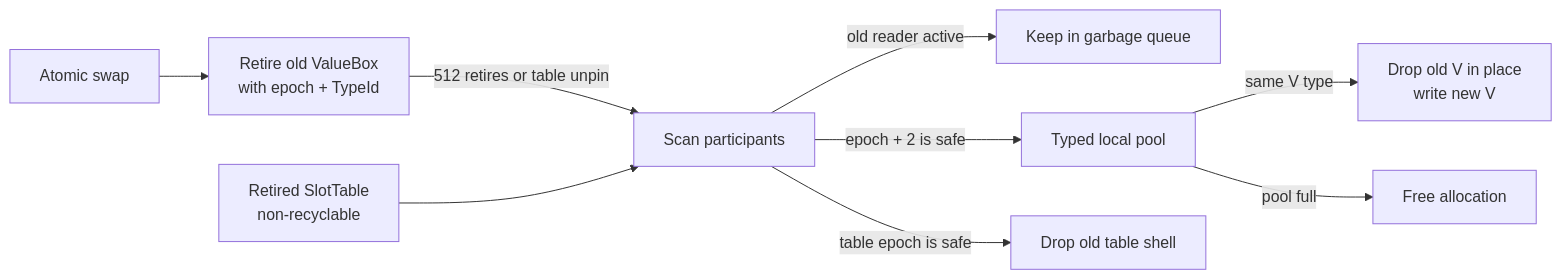
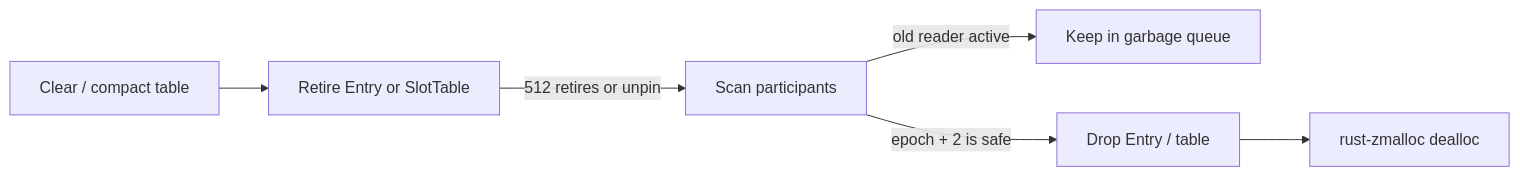
One commit to Rana718/portfolio changed the sixth of 16 diagrams in src/content/blogs/custom-concurrent-hashmap-rust.mdx. Above: the diagram before and after it, drawn with Mermaid. The commit also changed other lines of this file, not shown here.

````diff
--- a/src/content/blogs/custom-concurrent-hashmap-rust.mdx
+++ b/src/content/blogs/custom-concurrent-hashmap-rust.mdx
@@ -324,11 +319,8 @@
 ```mermaid
 flowchart LR
-    SWAP["Atomic swap"] --> RETIRE["Retire old ValueBox<br/>with epoch + TypeId"]
-    RETIRE -->|"512 retires or table unpin"| SCAN["Scan participants"]
+    SWAP["Clear / compact table"] --> RETIRE["Retire Entry or SlotTable"]
+    RETIRE -->|"512 retires or unpin"| SCAN["Scan participants"]
     SCAN -->|"old reader active"| WAIT["Keep in garbage queue"]
-    SCAN -->|"epoch + 2 is safe"| POOL["Typed local pool"]
-    POOL -->|"same V type"| REUSE["Drop old V in place<br/>write new V"]
-    POOL -->|"pool full"| FREE["Free allocation"]
-    TABLE["Retired SlotTable<br/>non-recyclable"] --> SCAN
-    SCAN -->|"table epoch is safe"| DROP["Drop old table shell"]
+    SCAN -->|"epoch + 2 is safe"| DROP["Drop Entry / table"]
+    DROP --> FREE["rust-zmalloc dealloc"]
 ```
````
